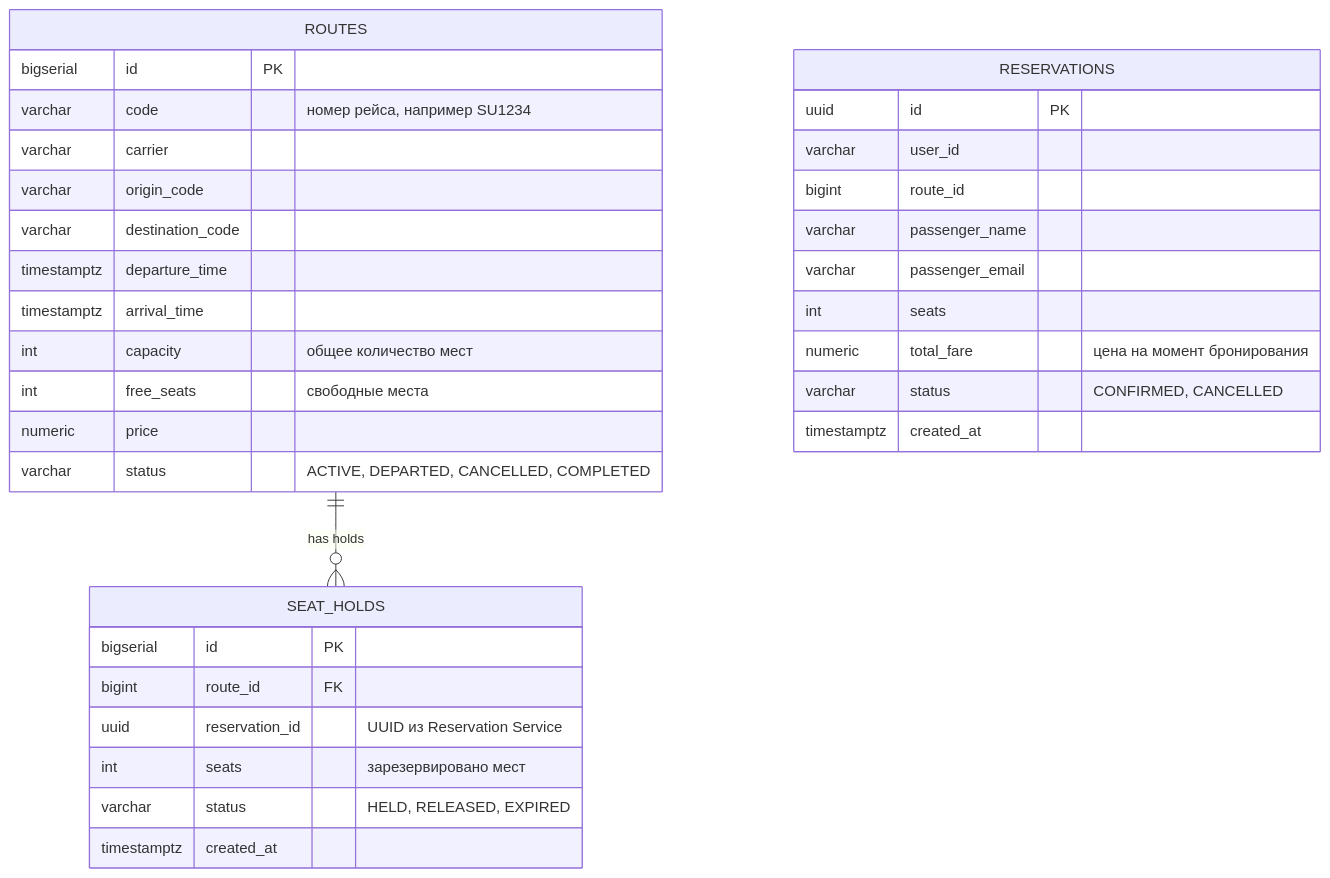
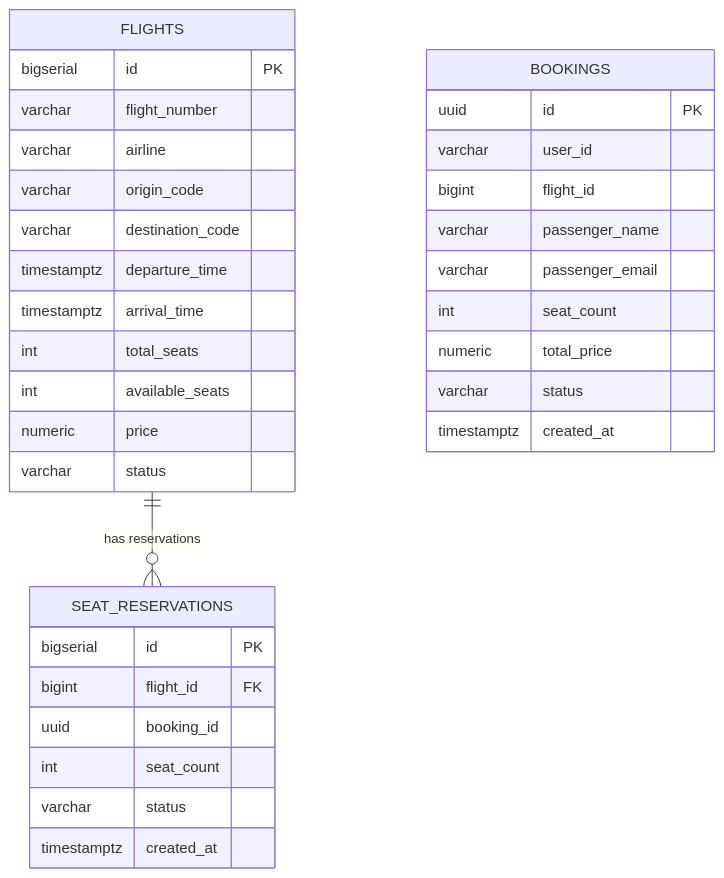
One commit to Dummo123/SaikoMaksim234Elective-1TBankService-Oriented-Architectures changed the diagram in HW 3/README.md. Above: the diagram before and after it, drawn with Mermaid. The commit also changed other lines of this file, not shown here.

````diff
--- a/HW 3/README.md
+++ b/HW 3/README.md
@@ -21,39 +22,39 @@
 ```mermaid
 erDiagram
-    ROUTES {
+    FLIGHTS {
         bigserial   id              PK
-        varchar     code            "номер рейса, например SU1234"
-        varchar     carrier
+        varchar     flight_number
+        varchar     airline
         varchar     origin_code
         varchar     destination_code
         timestamptz departure_time
         timestamptz arrival_time
-        int         capacity        "общее количество мест"
-        int         free_seats       "свободные места"
+        int         total_seats
+        int         available_seats
         numeric     price
-        varchar     status          "ACTIVE, DEPARTED, CANCELLED, COMPLETED"
+        varchar     status
     }
 
-    SEAT_HOLDS {
-        bigserial   id              PK
-        bigint      route_id        FK
-        uuid        reservation_id  "UUID из Reservation Service"
-        int         seats           "зарезервировано мест"
-        varchar     status          "HELD, RELEASED, EXPIRED"
+    SEAT_RESERVATIONS {
+        bigserial   id          PK
+        bigint      flight_id   FK
+        uuid        booking_id
+        int         seat_count
+        varchar     status
         timestamptz created_at
     }
 
-    RESERVATIONS {
+    BOOKINGS {
         uuid        id              PK
         varchar     user_id
-        bigint      route_id
+        bigint      flight_id
         varchar     passenger_name
         varchar     passenger_email
-        int         seats
-        numeric     total_fare       "цена на момент бронирования"
-        varchar     status           "CONFIRMED, CANCELLED"
+        int         seat_count
+        numeric     total_price
+        varchar     status
         timestamptz created_at
     }
 
-    ROUTES ||--o{ SEAT_HOLDS : "has holds"
+    FLIGHTS ||--o{ SEAT_RESERVATIONS : "has reservations"
 ```
````
